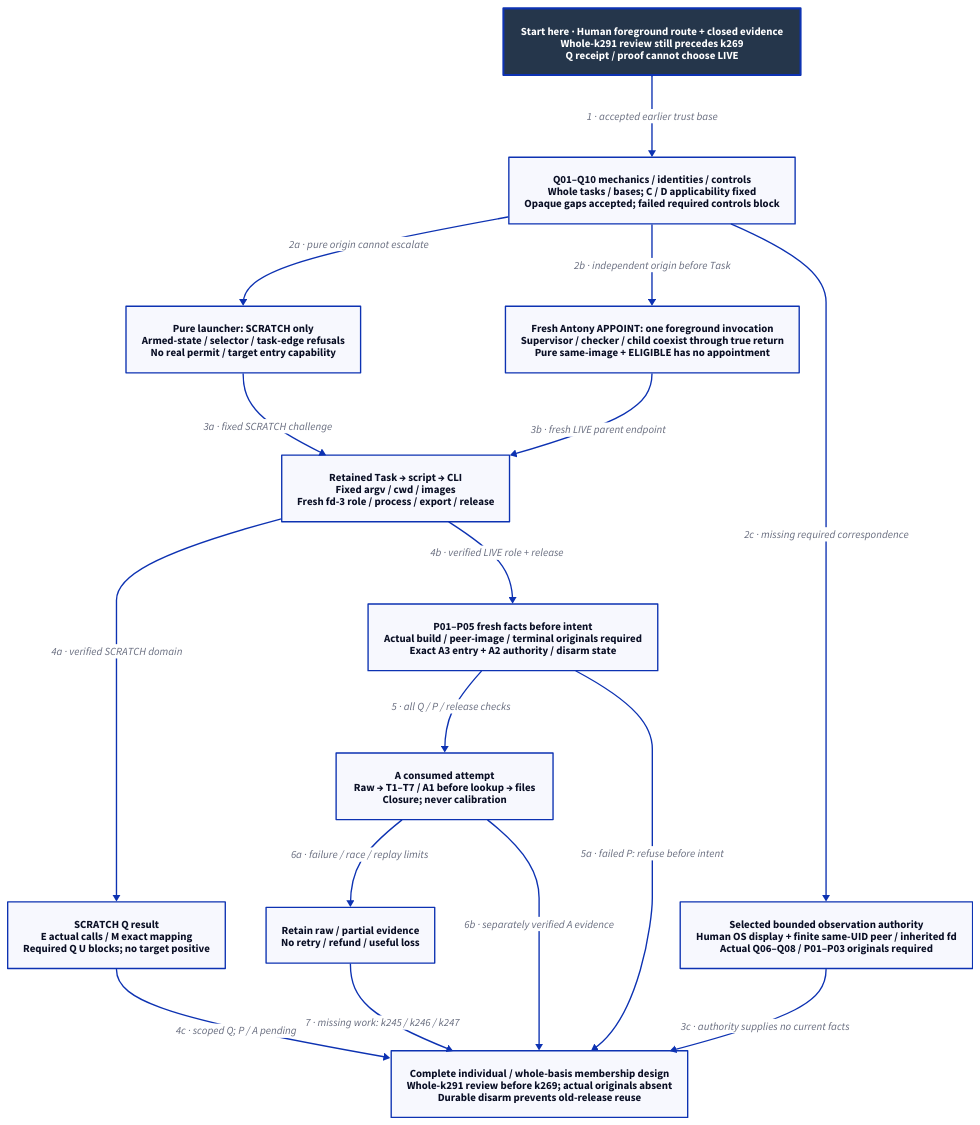
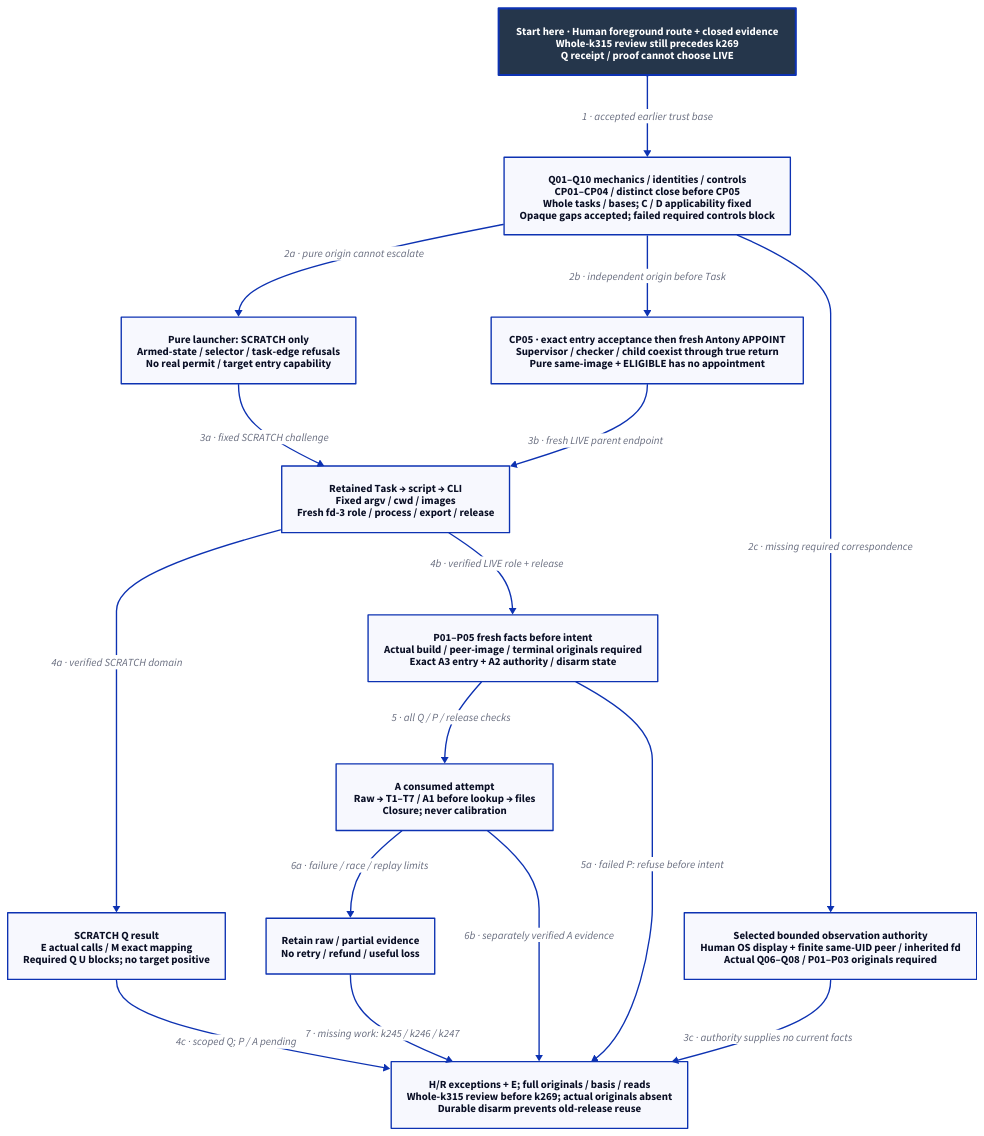
The diagram in docs/design/architecture/native-reference-packaging.d2 (Linkuistics/Koine), drawn with D2 before and after one commit. The commit also changed 52 other files, not shown here.

Commit message:
Repair practical reference admission design (reference-evidence-practical-admission-k315)

```diff
--- a/docs/design/architecture/native-reference-packaging.d2
+++ b/docs/design/architecture/native-reference-packaging.d2
@@ -1,31 +1,31 @@
 # Proposed staged credit; no artifact, release or operation is qualified.
 direction: down
 classes: {
   start: {style: {fill: "#25364B"; font-color: "#FFFFFF"; bold: true; stroke-width: 3}}
 }
-Start: "Start here · Human foreground route + closed evidence\nWhole-k291 review still precedes k269\nQ receipt / proof cannot choose LIVE" {class: start}
-Ready: "Q01–Q10 mechanics / identities / controls\nWhole tasks / bases; C / D applicability fixed\nOpaque gaps accepted; failed required controls block"
+Start: "Start here · Human foreground route + closed evidence\nWhole-k315 review still precedes k269\nQ receipt / proof cannot choose LIVE" {class: start}
+Ready: "Q01–Q10 mechanics / identities / controls\nCP01–CP04 / distinct close before CP05\nWhole tasks / bases; C / D applicability fixed\nOpaque gaps accepted; failed required controls block"
 Task: "Retained Task → script → CLI\nFixed argv / cwd / images\nFresh fd-3 role / process / export / release"
 Scratch: "Pure launcher: SCRATCH only\nArmed-state / selector / task-edge refusals\nNo real permit / target entry capability"
-Live: "Fresh Antony APPOINT: one foreground invocation\nSupervisor / checker / child coexist through true return\nPure same-image + ELIGIBLE has no appointment"
+Live: "CP05 · exact entry acceptance then fresh Antony APPOINT\nSupervisor / checker / child coexist through true return\nPure same-image + ELIGIBLE has no appointment"
 Proof: "SCRATCH Q result\nE actual calls / M exact mapping\nRequired Q U blocks; no target positive"
 Preflight: "P01–P05 fresh facts before intent\nActual build / peer-image / terminal originals required\nExact A3 entry + A2 authority / disarm state"
 Attempt: "A consumed attempt\nRaw → T1–T7 / A1 before lookup → files\nClosure; never calibration"
 Failure: "Retain raw / partial evidence\nNo retry / refund / useful loss"
 Route: "Selected bounded observation authority\nHuman OS display + finite same-UID peer / inherited fd\nActual Q06–Q08 / P01–P03 originals required"
-Final: "Complete individual / whole-basis membership design\nWhole-k291 review before k269; actual originals absent\nDurable disarm prevents old-release reuse"
+Final: "H/R exceptions + E; full originals / basis / reads\nWhole-k315 review before k269; actual originals absent\nDurable disarm prevents old-release reuse"
 Start -> Ready: "1 · accepted earlier trust base"
 Ready -> Scratch: "2a · pure origin cannot escalate"
 Ready -> Live: "2b · independent origin before Task"
 Scratch -> Task: "3a · fixed SCRATCH challenge"
 Live -> Task: "3b · fresh LIVE parent endpoint"
 Task -> Proof: "4a · verified SCRATCH domain"
 Proof -> Final: "4c · scoped Q; P / A pending"
 Task -> Preflight: "4b · verified LIVE role + release"
 Preflight -> Attempt: "5 · all Q / P / release checks"
 Preflight -> Final: "5a · failed P: refuse before intent"
 Ready -> Route: "2c · missing required correspondence"
 Route -> Final: "3c · authority supplies no current facts"
 Attempt -> Failure: "6a · failure / race / replay limits"
 Attempt -> Final: "6b · separately verified A evidence"
 Failure -> Final: "7 · missing work: k245 / k246 / k247"
```
